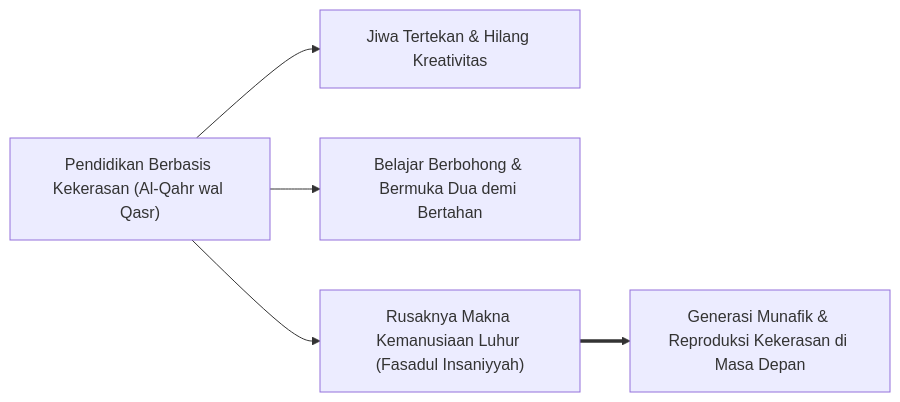
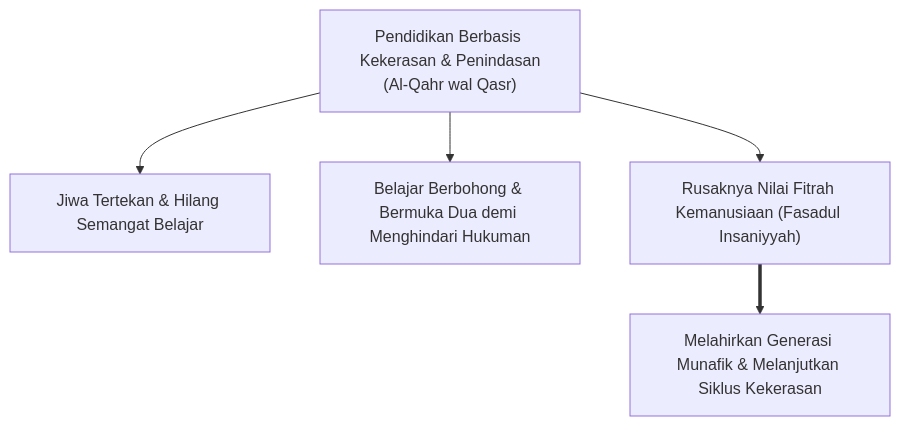
One commit to wandiapriliyandi/tumbuh changed the second of 3 diagrams in BOOK-SERIES/Volume-01/Bab-01-Krisis-Karakter-dan-Urgensi-Rekonstruksi/02-Fenomenologi-Kekerasan-dan-Senioritas-Feodal.md. Above: the diagram before and after it, drawn with Mermaid. The commit also changed other lines of this file and 2 other files, not shown here.

Commit message:
style(docs): perindah gaya bahasa, perjelas konsep, dan percantik format kutipan Turats

````diff
--- a/BOOK-SERIES/Volume-01/Bab-01-Krisis-Karakter-dan-Urgensi-Rekonstruksi/02-Fenomenologi-Kekerasan-dan-Senioritas-Feodal.md
+++ b/BOOK-SERIES/Volume-01/Bab-01-Krisis-Karakter-dan-Urgensi-Rekonstruksi/02-Fenomenologi-Kekerasan-dan-Senioritas-Feodal.md
@@ -41,8 +47,13 @@
 ```mermaid
-graph LR
-    Kekerasan["Pendidikan Berbasis Kekerasan (Al-Qahr wal Qasr)"] --> Dampak1["Jiwa Tertekan & Hilang Kreativitas"]
-    Kekerasan --> Dampak2["Belajar Berbohong & Bermuka Dua demi Bertahan"]
-    Kekerasan --> Dampak3["Rusaknya Makna Kemanusiaan Luhur (Fasadul Insaniyyah)"]
-    
-    Dampak3 ==> Siklus["Generasi Munafik & Reproduksi Kekerasan di Masa Depan"]
+graph TD
+    Kekerasan["Pendidikan Berbasis Kekerasan & Penindasan<br/>(Al-Qahr wal Qasr)"]
+    Dampak1["Jiwa Tertekan & Hilang Semangat Belajar"]
+    Dampak2["Belajar Berbohong & Bermuka Dua demi Menghindari Hukuman"]
+    Dampak3["Rusaknya Nilai Fitrah Kemanusiaan (Fasadul Insaniyyah)"]
+    Siklus["Melahirkan Generasi Munafik & Melanjutkan Siklus Kekerasan"]
+
+    Kekerasan --> Dampak1
+    Kekerasan --> Dampak2
+    Kekerasan --> Dampak3
+    Dampak3 ==> Siklus
 ```
````
